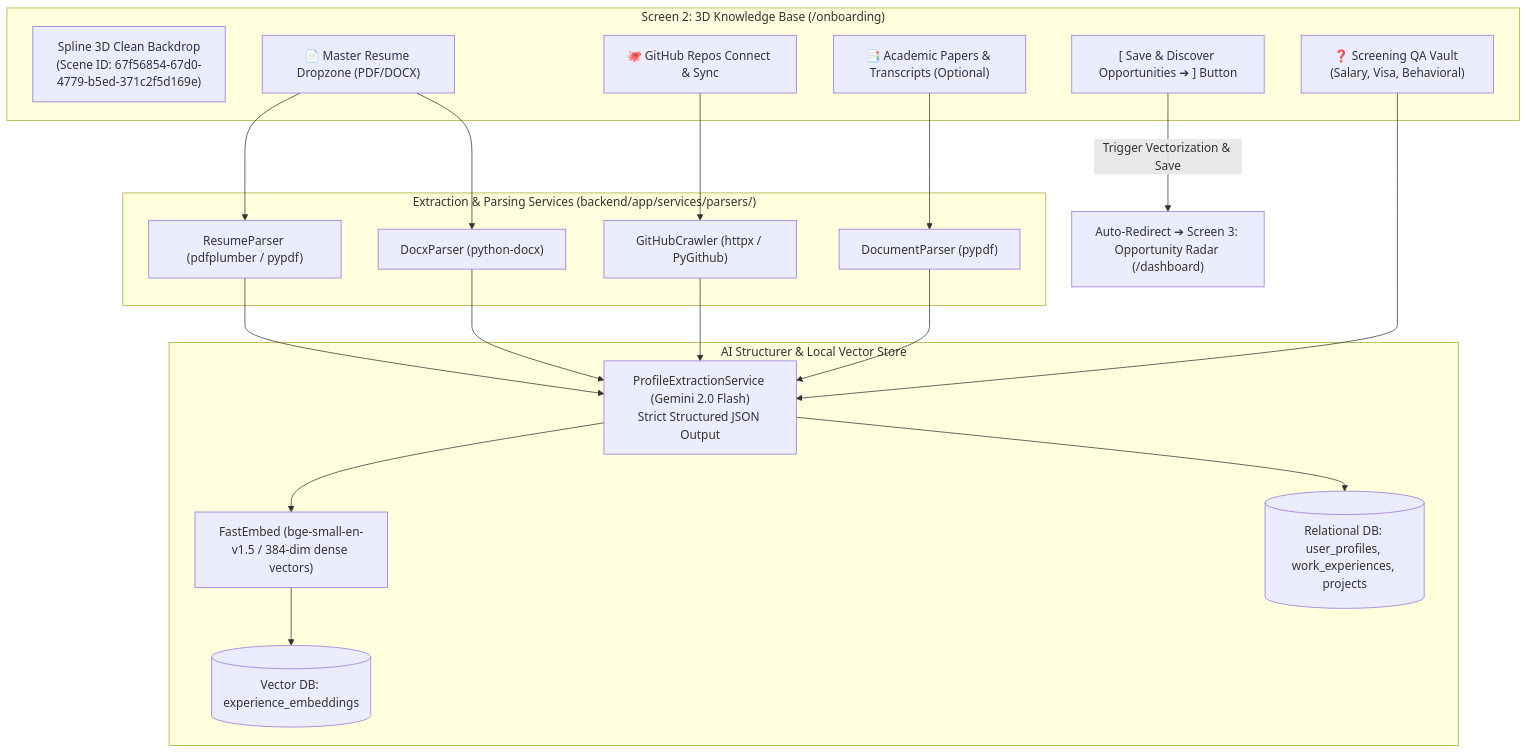
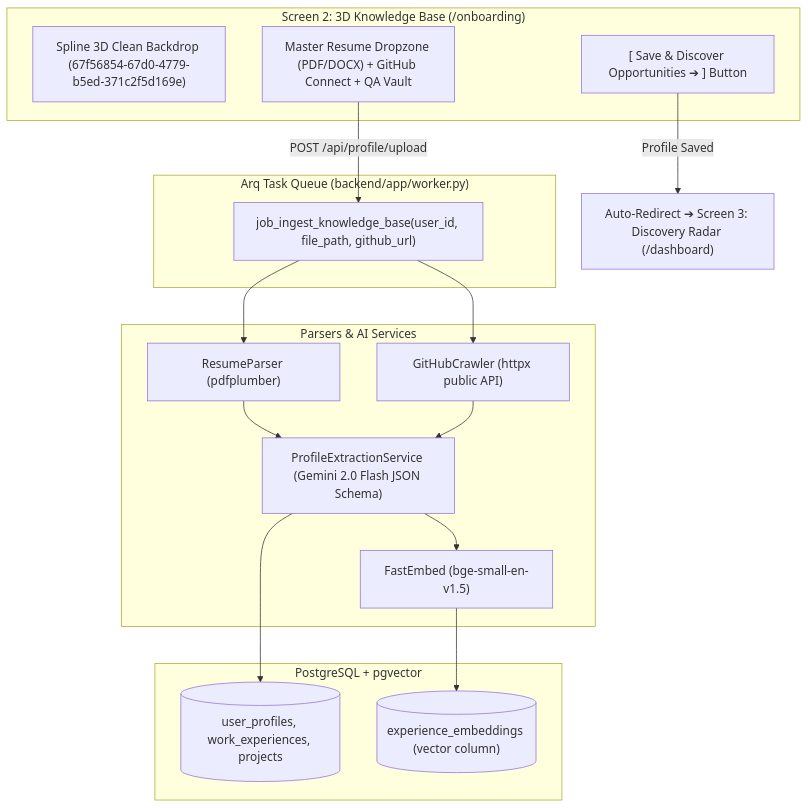
One commit to creed-online/getaJob.ai changed the second of 7 diagrams in Docs/IMPLEMENTATION_PLAN.md. Above: the diagram before and after it, drawn with Mermaid. The commit also changed other lines of this file and 3 other files, not shown here.

Commit message:
docs: sync wiki with refactored architecture

````diff
--- a/Docs/IMPLEMENTATION_PLAN.md
+++ b/Docs/IMPLEMENTATION_PLAN.md
@@ -124,35 +105,31 @@
 ```mermaid
 flowchart TD
-    subgraph S2_KB ["Screen 2: 3D Knowledge Base (/onboarding)"]
-        SplineScene2["Spline 3D Clean Backdrop\n(Scene ID: 67f56854-67d0-4779-b5ed-371c2f5d169e)"]
-        Card_Resume["📄 Master Resume Dropzone (PDF/DOCX)"]
-        Card_GitHub["🐙 GitHub Repos Connect & Sync"]
-        Card_Docs["📑 Academic Papers & Transcripts (Optional)"]
-        Card_QA["❓ Screening QA Vault (Salary, Visa, Behavioral)"]
+    subgraph S2_UI ["Screen 2: 3D Knowledge Base (/onboarding)"]
+        SplineScene2["Spline 3D Clean Backdrop (67f56854-67d0-4779-b5ed-371c2f5d169e)"]
+        Dropzone["Master Resume Dropzone (PDF/DOCX) + GitHub Connect + QA Vault"]
         BtnSave["[ Save & Discover Opportunities ➔ ] Button"]
     end
 
-    subgraph Parsers ["Extraction & Parsing Services (backend/app/services/parsers/)"]
-        P_PDF["ResumeParser (pdfplumber / pypdf)"]
-        P_DOCX["DocxParser (python-docx)"]
-        P_GH["GitHubCrawler (httpx / PyGithub)"]
-        P_Doc["DocumentParser (pypdf)"]
+    subgraph BackgroundWorker ["Arq Task Queue (backend/app/worker.py)"]
+        JobIngest["job_ingest_knowledge_base(user_id, file_path, github_url)"]
     end
 
-    subgraph AI_Engine ["AI Structurer & Local Vector Store"]
-        LLM["ProfileExtractionService (Gemini 2.0 Flash)\nStrict Structured JSON Output"]
-        FastEmbed["FastEmbed (bge-small-en-v1.5 / 384-dim dense vectors)"]
-        VecStore[("Vector DB: experience_embeddings")]
-        DB_Profile[("Relational DB: user_profiles, work_experiences, projects")]
+    subgraph ParsersAndAI ["Parsers & AI Services"]
+        P_PDF["ResumeParser (pdfplumber)"]
+        P_GH["GitHubCrawler (httpx public API)"]
+        LLM["ProfileExtractionService (Gemini 2.0 Flash JSON Schema)"]
+        FastEmbed["FastEmbed (bge-small-en-v1.5)"]
     end
 
-    Card_Resume --> P_PDF --> LLM
-    Card_Resume --> P_DOCX --> LLM
-    Card_GitHub --> P_GH --> LLM
-    Card_Docs --> P_Doc --> LLM
-    Card_QA --> LLM
+    subgraph Storage ["PostgreSQL + pgvector"]
+        T_Profile[("user_profiles, work_experiences, projects")]
+        T_Embeddings[("experience_embeddings (vector column)")]
+    end
 
-    LLM --> DB_Profile
-    LLM --> FastEmbed --> VecStore
-    BtnSave -->|Trigger Vectorization & Save| Redirect["Auto-Redirect ➔ Screen 3: Opportunity Radar (/dashboard)"]
+    Dropzone -->|POST /api/profile/upload| JobIngest
+    JobIngest --> P_PDF --> LLM
+    JobIngest --> P_GH --> LLM
+    LLM --> T_Profile
+    LLM --> FastEmbed --> T_Embeddings
+    BtnSave -->|Profile Saved| Redirect["Auto-Redirect ➔ Screen 3: Discovery Radar (/dashboard)"]
 ```
````
